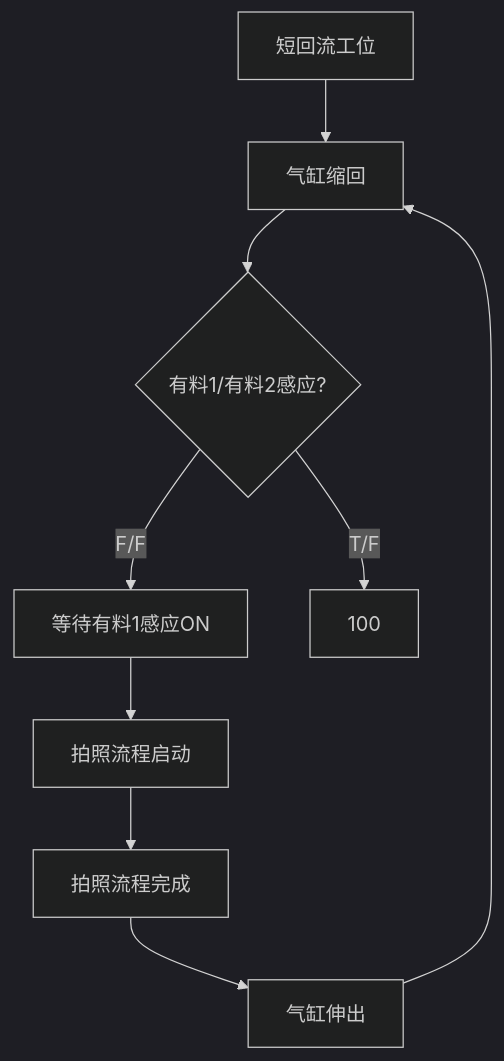
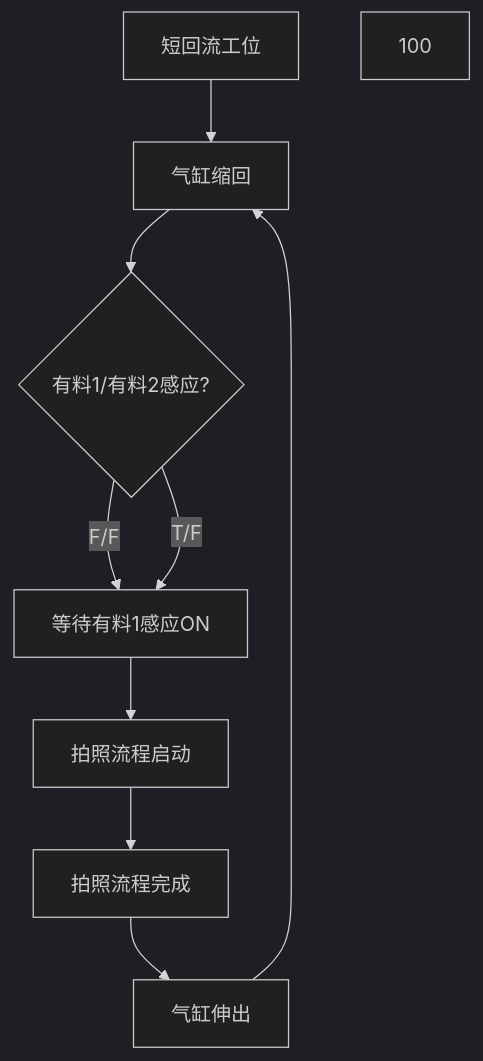
Before and after one commit to zmq000/iodraw-files: the diagram in all/未命名.md, drawn with Mermaid (dark theme).

Commit message:
2026-06-17 20:59:37 update

````diff
--- a/all/未命名.md
+++ b/all/未命名.md
@@ -1,13 +1,13 @@
 ```mermaid
 graph TD
 0[短回流工位]-->10
 10[气缸缩回]-->20
 20{有料1/有料2感应?}-->|F/F|30
-20-->|T/F|100
+20-->|T/F|30
 30[等待有料1感应ON]-->40
 40[拍照流程启动]-->50
 50[拍照流程完成]-->60
 60[气缸伸出]-->10
 
 100
 ```
````
